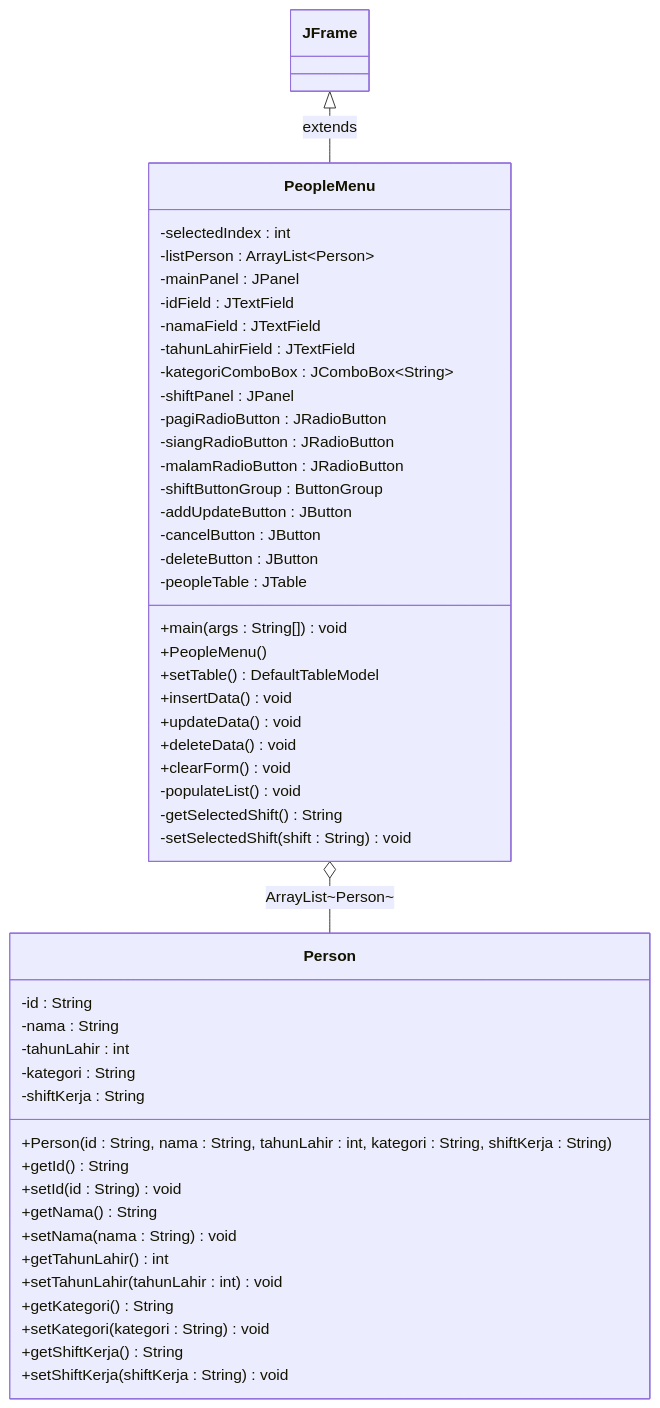
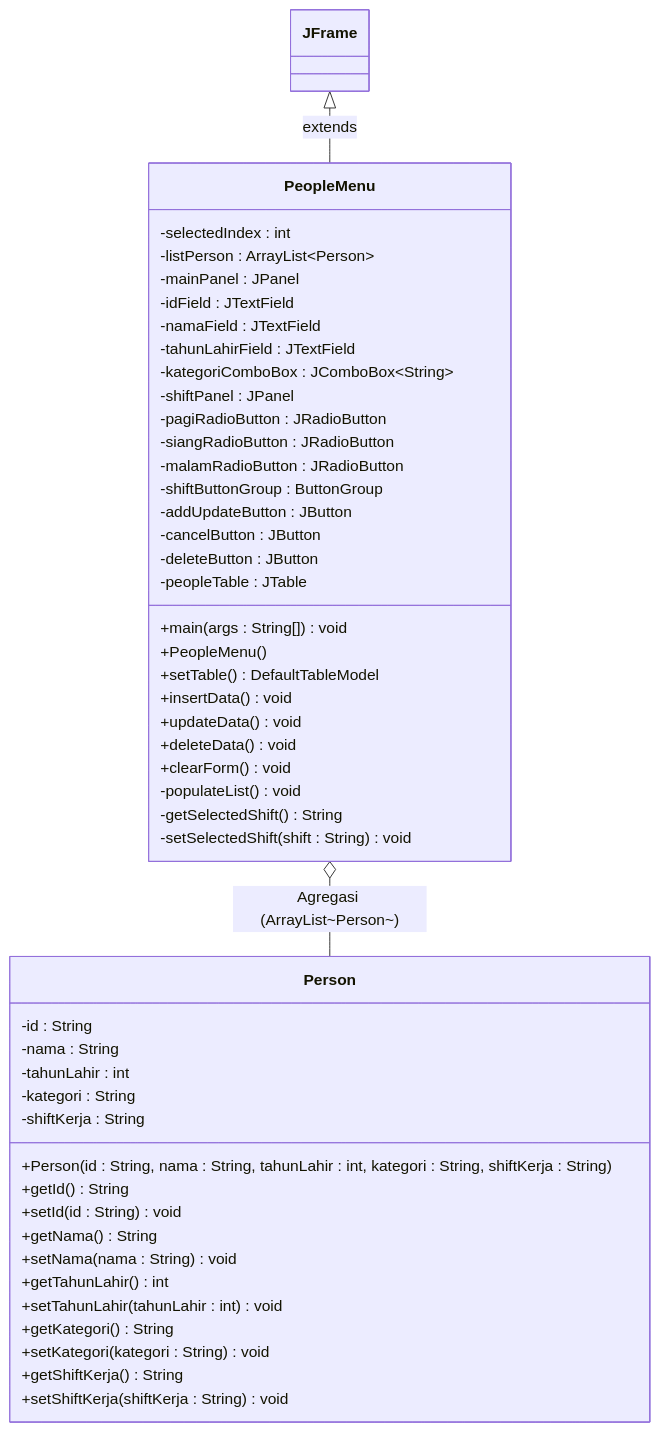
The diagram in README.md (Zidane-m/TP4DPBO2526C2), drawn with Mermaid before and after one commit.

Commit message:
modify: readme

````diff
--- a/README.md
+++ b/README.md
@@ -18,53 +18,53 @@
 ```mermaid
 classDiagram
     JFrame <|-- PeopleMenu : extends
-    PeopleMenu o-- Person : ArrayList~Person~
+    PeopleMenu o-- Person : Agregasi (ArrayList~Person~)
 
     class Person {
         -id : String
         -nama : String
         -tahunLahir : int
         -kategori : String
         -shiftKerja : String
         +Person(id : String, nama : String, tahunLahir : int, kategori : String, shiftKerja : String)
         +getId() String
         +setId(id : String) void
         +getNama() String
         +setNama(nama : String) void
         +getTahunLahir() int
         +setTahunLahir(tahunLahir : int) void
         +getKategori() String
         +setKategori(kategori : String) void
         +getShiftKerja() String
         +setShiftKerja(shiftKerja : String) void
     }
 
     class PeopleMenu {
         -selectedIndex : int
         -listPerson : ArrayList~Person~
         -mainPanel : JPanel
         -idField : JTextField
         -namaField : JTextField
         -tahunLahirField : JTextField
         -kategoriComboBox : JComboBox~String~
         -shiftPanel : JPanel
         -pagiRadioButton : JRadioButton
         -siangRadioButton : JRadioButton
         -malamRadioButton : JRadioButton
         -shiftButtonGroup : ButtonGroup
         -addUpdateButton : JButton
         -cancelButton : JButton
         -deleteButton : JButton
         -peopleTable : JTable
         +main(args : String[]) void
         +PeopleMenu()
         +setTable() DefaultTableModel
         +insertData() void
         +updateData() void
         +deleteData() void
         +clearForm() void
         -populateList() void
         -getSelectedShift() String
         -setSelectedShift(shift : String) void
     }
 ```
````
